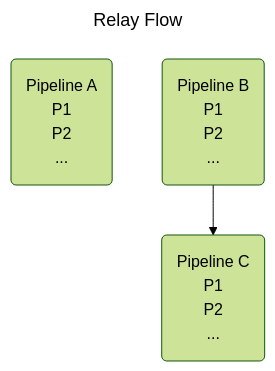
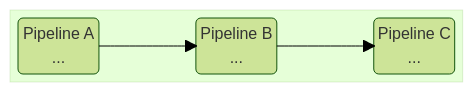
The seventh of 9 diagrams in docs/administration/pipelines/quick-start.mdx (VirtualMetric/virtualmetric-docs), drawn with Mermaid (forest theme) before and after one commit. The commit also changed other lines of this file and 2 other files, not shown here.

````diff
--- a/docs/administration/pipelines/quick-start.mdx
+++ b/docs/administration/pipelines/quick-start.mdx
@@ -113,25 +98,13 @@
   ```mermaid
-  ---
-  title: Relay Flow
-  ---
-    flowchart TD
-      A("`Pipeline A
-        P1
-        P2
-        ...
-      `"
-      )
-      B("`Pipeline B
-        P1
-        P2
-        ...
-      `")
-      
-      C("`Pipeline C
-        P1
-        P2
-        ...
-      `")
-
-      B --> C
+  block-beta
+    columns 5
+    block
+      A("Pipeline A\n..."):1
+      space
+      B("Pipeline B\n..."):1
+      space
+      C("Pipeline C\n..."):1
+    end
+    A --> B
+    B --> C
   ```
````
